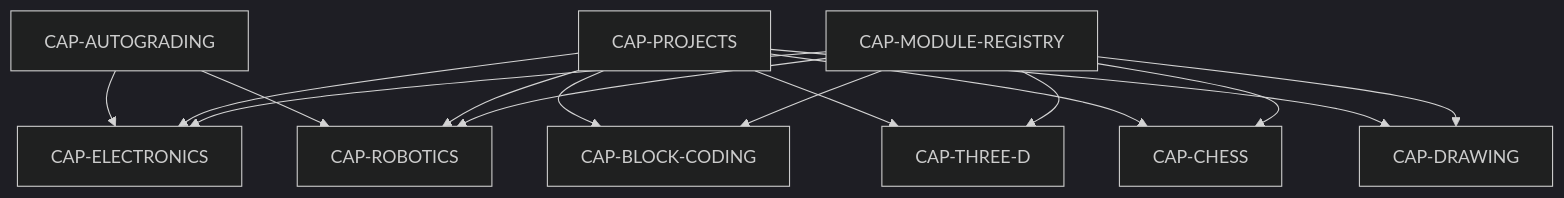
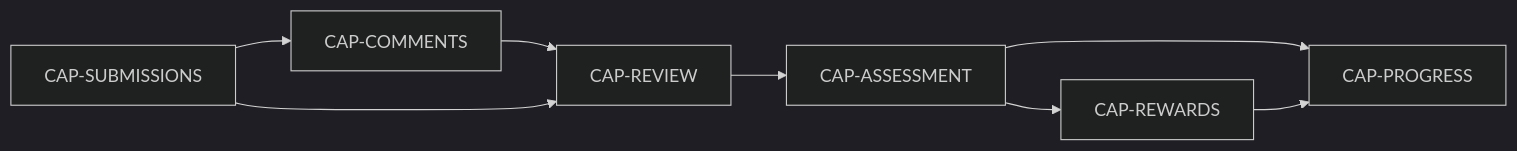
One commit to spikeal8-maker/asa-lab changed the tenth of 13 diagrams in docs/product/CAPABILITY_MAP.md. Above: the diagram before and after it, drawn with Mermaid (dark theme). The commit also changed other lines of this file, not shown here.

````diff
--- a/docs/product/CAPABILITY_MAP.md
+++ b/docs/product/CAPABILITY_MAP.md
@@ -132,28 +231,17 @@
 ```mermaid
-flowchart TB
-    SDK[CAP-MODULE-REGISTRY]
-    P[CAP-PROJECTS]
-    G[CAP-AUTOGRADING]
+flowchart LR
+    SUB[CAP-SUBMISSIONS]
+    COMMENTS[CAP-COMMENTS]
+    REVIEW[CAP-REVIEW]
+    ASSESS[CAP-ASSESSMENT]
+    REWARD[CAP-REWARDS]
+    PROGRESS[CAP-PROGRESS]
 
-    E[CAP-ELECTRONICS]
-    B[CAP-BLOCK-CODING]
-    D[CAP-THREE-D]
-    R[CAP-ROBOTICS]
-    C[CAP-CHESS]
-    DR[CAP-DRAWING]
-
-    SDK --> E
-    SDK --> B
-    SDK --> D
-    SDK --> R
-    SDK --> C
-    SDK --> DR
-    P --> E
-    P --> B
-    P --> D
-    P --> R
-    P --> C
-    P --> DR
-    G --> E
-    G --> R
+    SUB --> COMMENTS
+    COMMENTS --> REVIEW
+    SUB --> REVIEW
+    REVIEW --> ASSESS
+    ASSESS --> REWARD
+    ASSESS --> PROGRESS
+    REWARD --> PROGRESS
 ```
````
